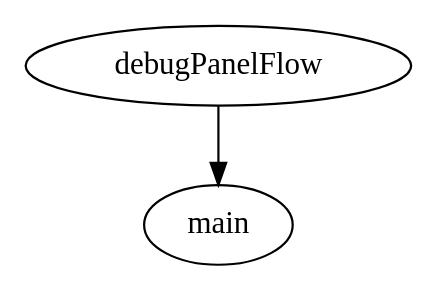
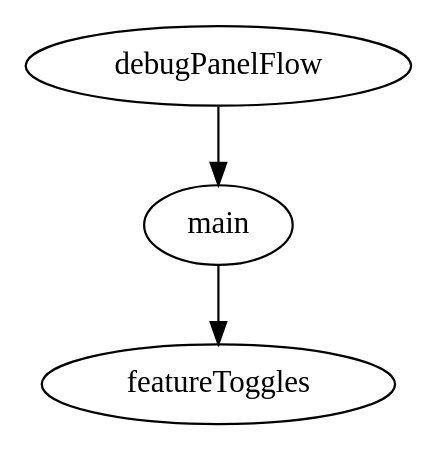
The diagram in feature/debug-panel/routing/src/main/way/debug_panel_flow.dot (DeveloperPalmer/clarify-android), drawn with Graphviz before and after one commit. The commit also changed 19 other files, not shown here.

First line of the commit message:
[debug-panel] Add feature toggles screen with debug config overrides

```diff
--- a/feature/debug-panel/routing/src/main/way/debug_panel_flow.dot
+++ b/feature/debug-panel/routing/src/main/way/debug_panel_flow.dot
@@ -1,10 +1,10 @@
 digraph DebugPanelFlow {
   package = "ru.sla.clarify.feature.debug.panel.routing"
 
   debugPanelFlow [
     type = "flow",
     resultType = "ru.sla.clarify.feature.debug.panel.routing.DebugPanelFlow.Result"
   ]
 
-  debugPanelFlow -> main
+  debugPanelFlow -> main -> featureToggles
 }
```
